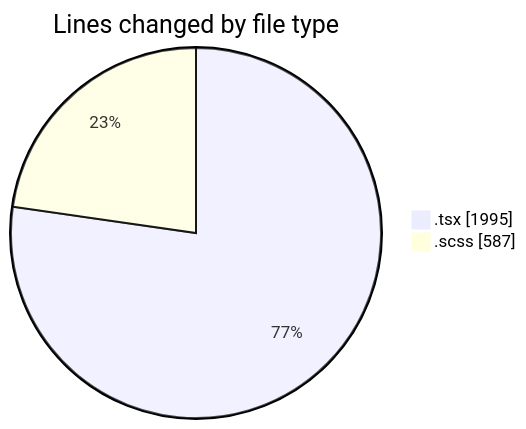
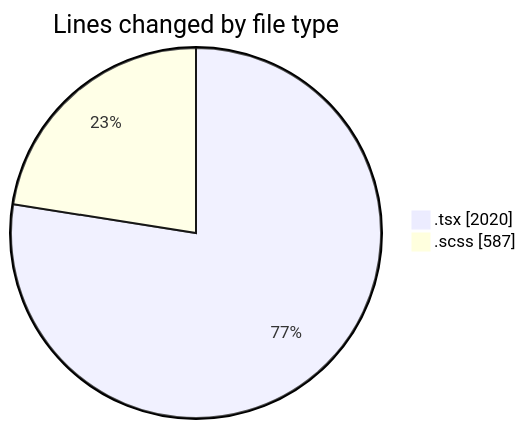
Before and after one commit to momahboobian/code-tracking: the first of 2 diagrams in 2025-04-07/cda/README.md, drawn with Mermaid. The commit also changed other lines of this file and 1 other file, not shown here.

````diff
--- a/2025-04-07/cda/README.md
+++ b/2025-04-07/cda/README.md
@@ -27,6 +27,6 @@
 ```mermaid
 pie showData
 title Lines changed by file type
-".tsx" : 1995
+".tsx" : 2020
 ".scss" : 587
 ```
````
